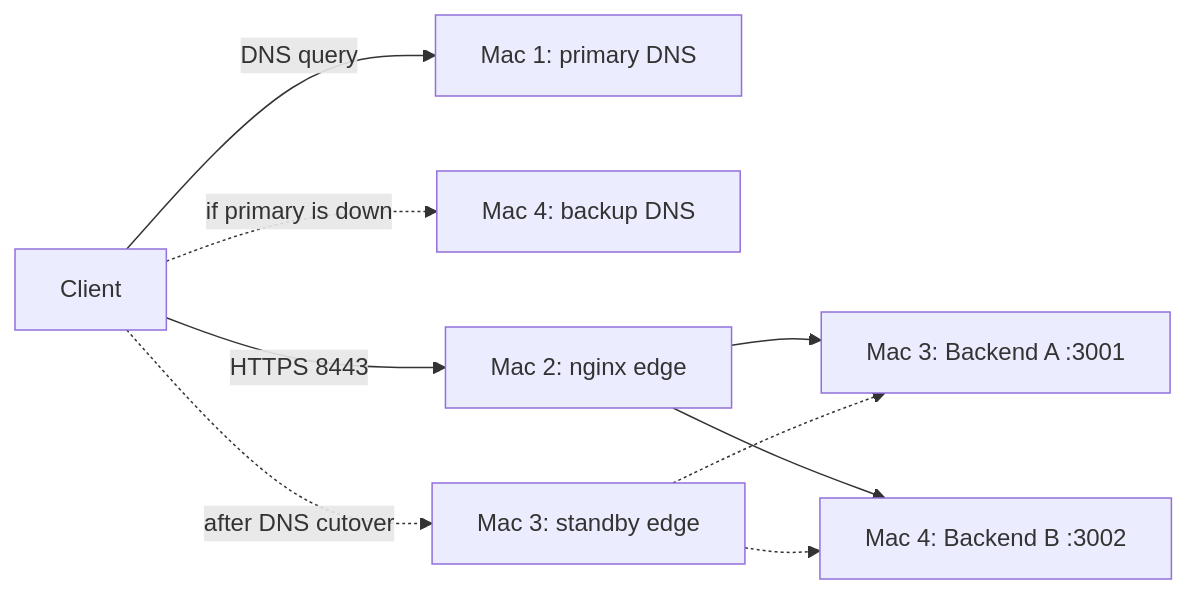
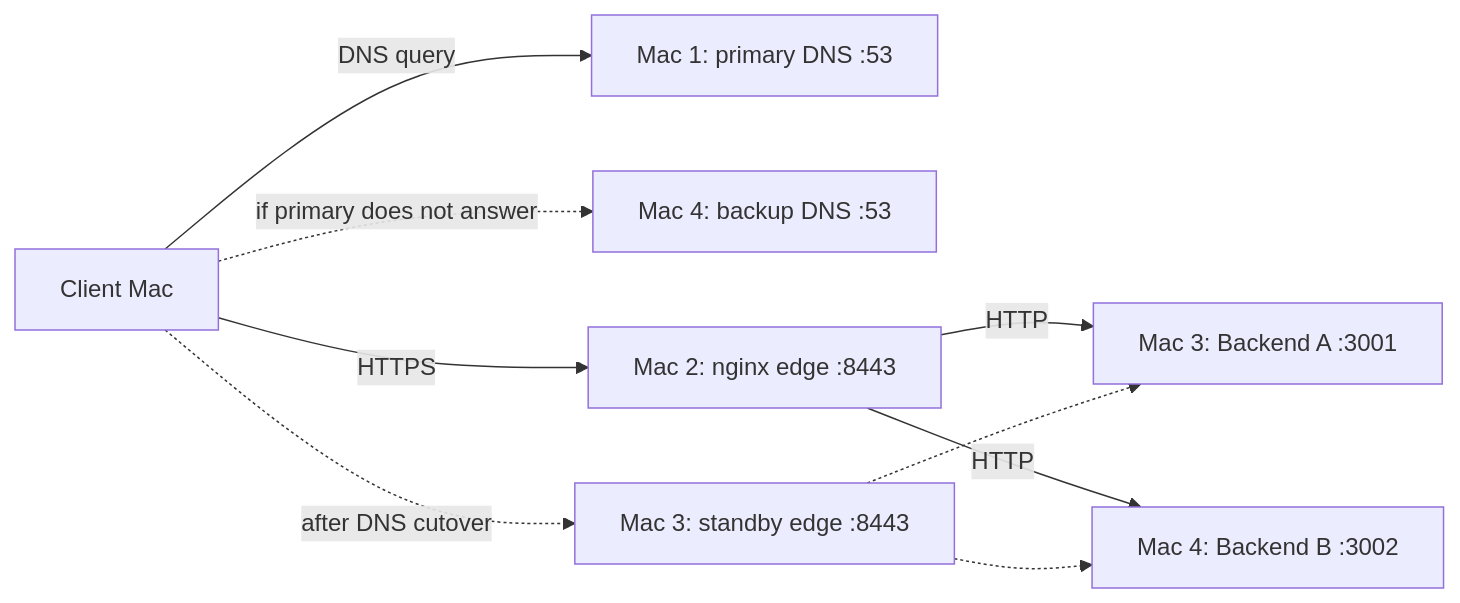
The first of 2 diagrams in docs/01-architecture.md (abhiiiiiii-21/CN_Project), drawn with Mermaid before and after one commit. The commit also changed other lines of this file and 7 other files, not shown here.

Commit message:
docs: update architecture, README and final report for phase 2

````diff
--- a/docs/01-architecture.md
+++ b/docs/01-architecture.md
@@ -26,11 +35,18 @@
 ```mermaid
 flowchart LR
-    C["Client"] -->|"DNS query"| D1["Mac 1: primary DNS"]
-    C -.->|"if primary is down"| D2["Mac 4: backup DNS"]
-    C -->|"HTTPS 8443"| E["Mac 2: nginx edge"]
-    C -.->|"after DNS cutover"| S["Mac 3: standby edge"]
-    E --> A["Mac 3: Backend A :3001"]
-    E --> B["Mac 4: Backend B :3002"]
+    C["Client Mac"]
+    D1["Mac 1: primary DNS :53"]
+    D2["Mac 4: backup DNS :53"]
+    E["Mac 2: nginx edge :8443"]
+    S["Mac 3: standby edge :8443"]
+    A["Mac 3: Backend A :3001"]
+    B["Mac 4: Backend B :3002"]
+    C -->|"DNS query"| D1
+    C -.->|"if primary does not answer"| D2
+    C -->|"HTTPS"| E
+    C -.->|"after DNS cutover"| S
+    E -->|"HTTP"| A
+    E -->|"HTTP"| B
     S -.-> A
     S -.-> B
 ```
````
